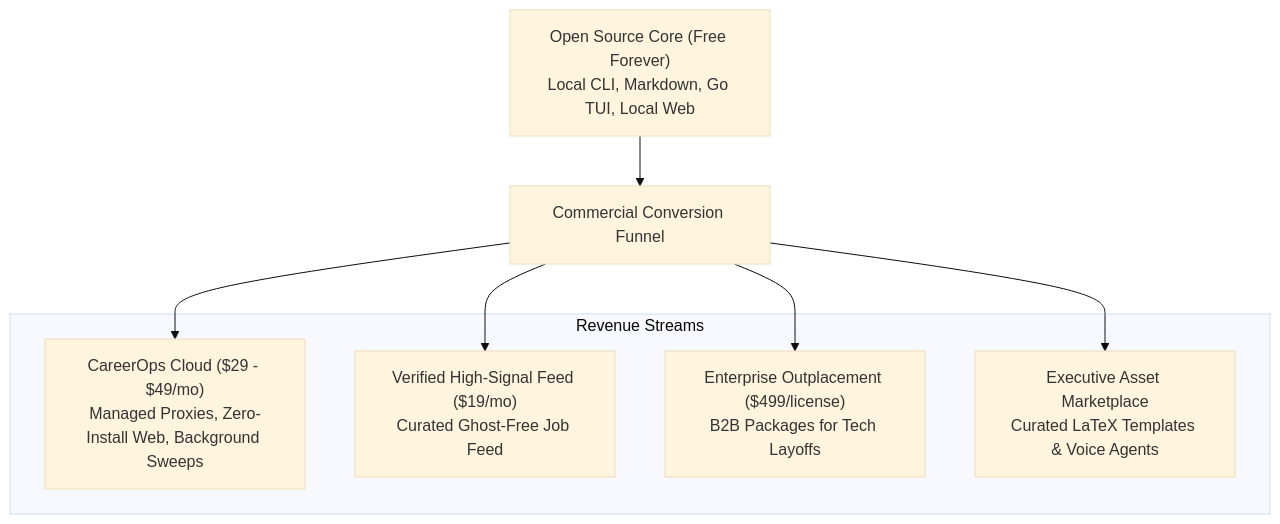
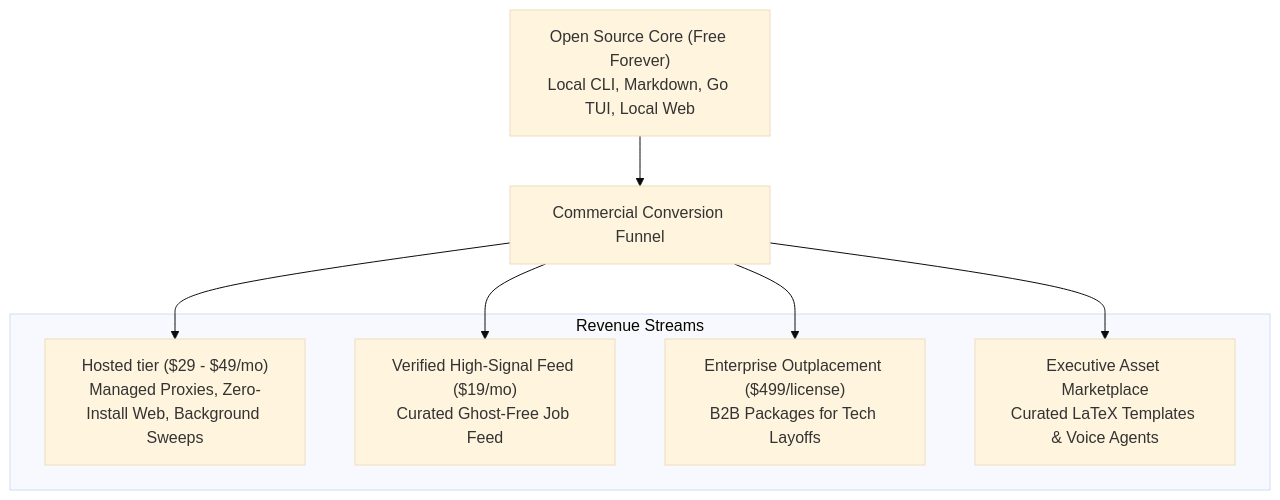
The diagram in docs/business/Monetization.md (CJCreator/Jobs_Automated), drawn with Mermaid (base theme) before and after one commit. The commit also changed other lines of this file and 28 other files, not shown here.

````diff
--- a/docs/business/Monetization.md
+++ b/docs/business/Monetization.md
@@ -14,18 +14,18 @@
 ```mermaid
 flowchart TD
     OSS["Open Source Core (Free Forever)
 Local CLI, Markdown, Go TUI, Local Web"] --> Funnel["Commercial Conversion Funnel"]
     
     subgraph Revenue_Streams ["Revenue Streams"]
-        SaaS["CareerOps Cloud ($29 - $49/mo)
+        SaaS["Hosted tier ($29 - $49/mo)
 Managed Proxies, Zero-Install Web, Background Sweeps"]
         Feed["Verified High-Signal Feed ($19/mo)
 Curated Ghost-Free Job Feed"]
         B2B["Enterprise Outplacement ($499/license)
 B2B Packages for Tech Layoffs"]
         Marketplace["Executive Asset Marketplace
 Curated LaTeX Templates & Voice Agents"]
     end
 
     Funnel --> SaaS & Feed & B2B & Marketplace
 ```
````
